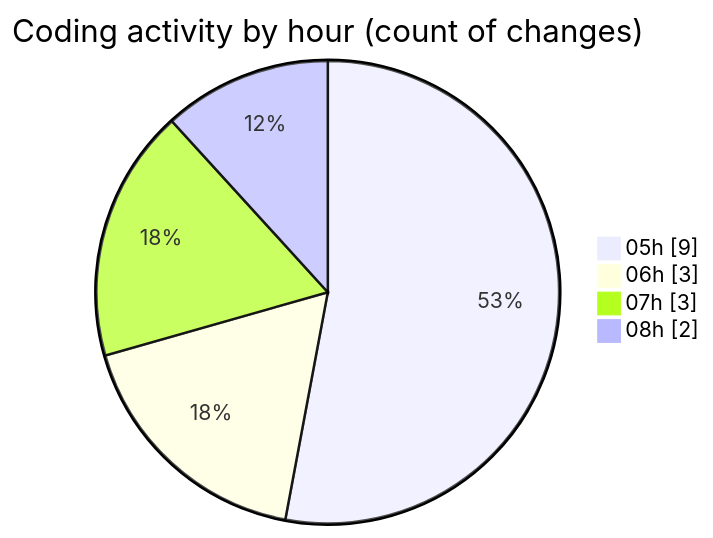
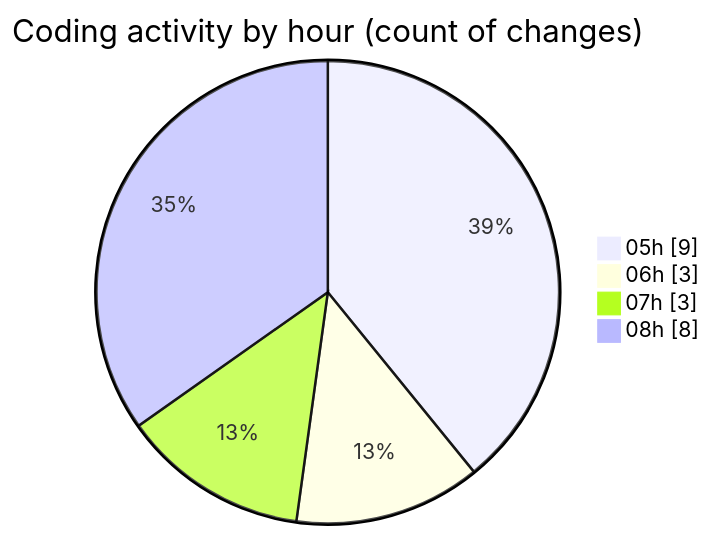
One commit to Elitesun/code-tracking changed the second of 2 diagrams in 2025-02-12/react_ecom/README.md. Above: the diagram before and after it, drawn with Mermaid. The commit also changed other lines of this file and 1 other file, not shown here.

````diff
--- a/2025-02-12/react_ecom/README.md
+++ b/2025-02-12/react_ecom/README.md
@@ -32,8 +37,8 @@
 ```mermaid
 pie showData
 title Coding activity by hour (count of changes)
 "05h" : 9
 "06h" : 3
 "07h" : 3
-"08h" : 2
+"08h" : 8
 ```
````
